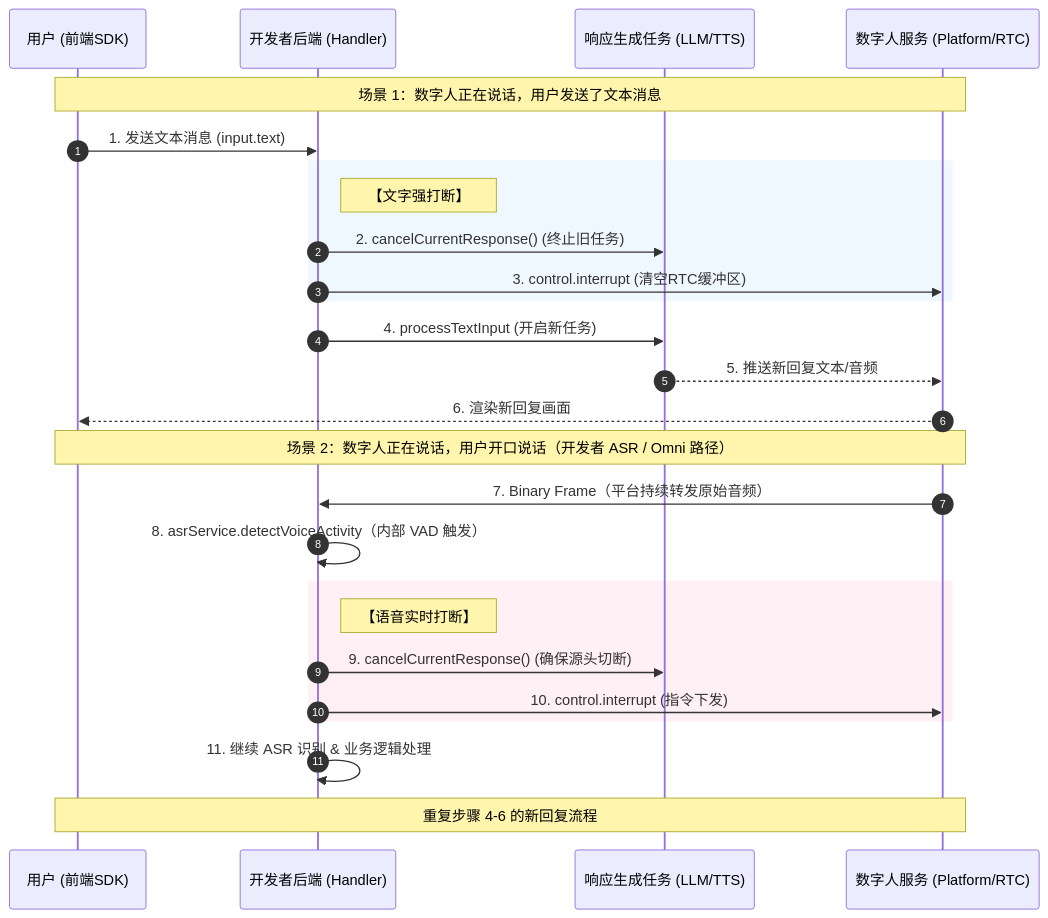
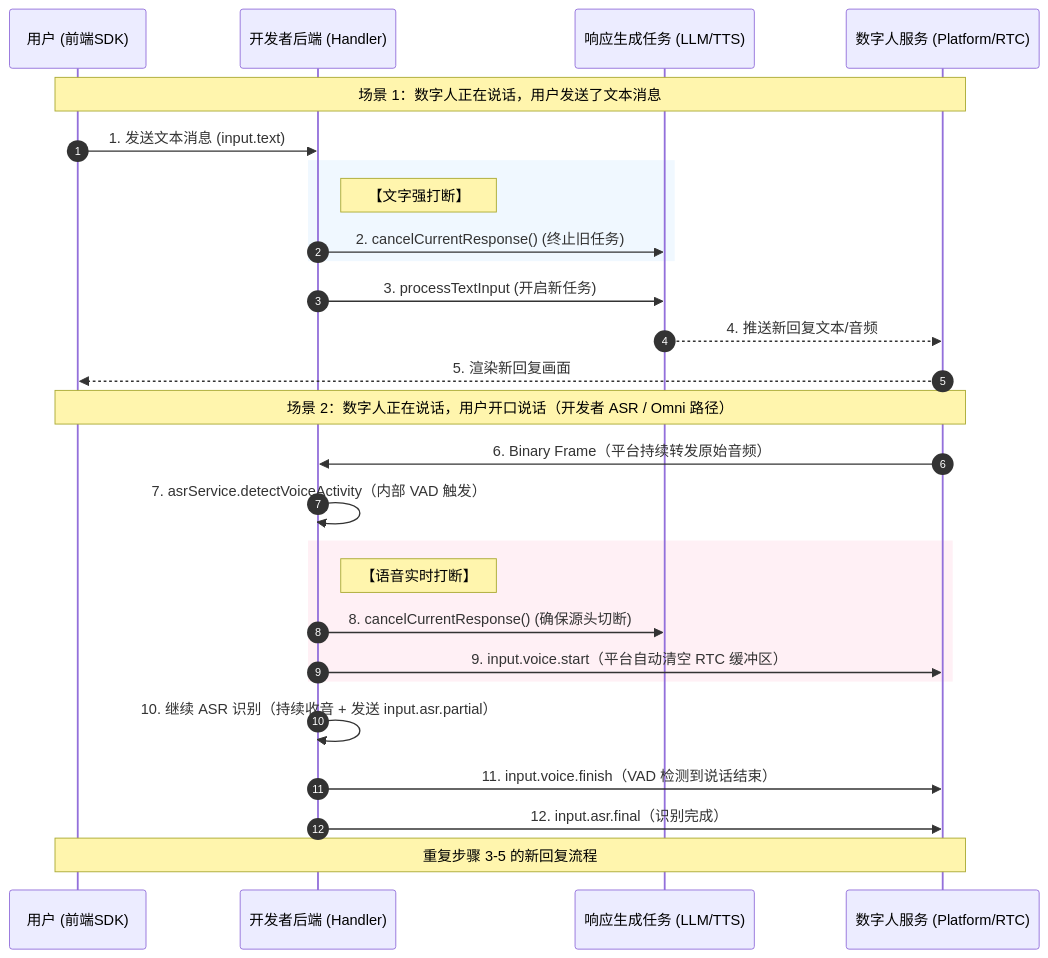
The third of 3 diagrams in PROTOCOL.zh.md (newportAI-lab/liveavatar-channel-python), drawn with Mermaid before and after one commit. The commit also changed other lines of this file and 3 other files, not shown here.

````diff
--- a/PROTOCOL.zh.md
+++ b/PROTOCOL.zh.md
@@ -395,35 +395,36 @@
 ```mermaid
 sequenceDiagram
     autonumber
     participant User as 用户 (前端SDK)
     participant AppServer as 开发者后端 (Handler)
     participant Task as 响应生成任务 (LLM/TTS)
     participant Avatar as 数字人服务 (Platform/RTC)
 
     Note over User, Avatar: 场景 1：数字人正在说话，用户发送了文本消息
     User->>AppServer: 1. 发送文本消息 (input.text)
     
     rect rgb(240, 248, 255)
         Note right of AppServer: 【文字强打断】
         AppServer->>Task: 2. cancelCurrentResponse() (终止旧任务)
-        AppServer->>Avatar: 3. control.interrupt (清空RTC缓冲区)
     end
     
-    AppServer->>Task: 4. processTextInput (开启新任务)
-    Task-->>Avatar: 5. 推送新回复文本/音频
-    Avatar-->>User: 6. 渲染新回复画面
+    AppServer->>Task: 3. processTextInput (开启新任务)
+    Task-->>Avatar: 4. 推送新回复文本/音频
+    Avatar-->>User: 5. 渲染新回复画面
 
     Note over User, Avatar: 场景 2：数字人正在说话，用户开口说话（开发者 ASR / Omni 路径）
-    Avatar->>AppServer: 7. Binary Frame（平台持续转发原始音频）
+    Avatar->>AppServer: 6. Binary Frame（平台持续转发原始音频）
     
-    AppServer->>AppServer: 8. asrService.detectVoiceActivity（内部 VAD 触发）
+    AppServer->>AppServer: 7. asrService.detectVoiceActivity（内部 VAD 触发）
     
     rect rgb(255, 240, 245)
         Note right of AppServer: 【语音实时打断】
-        AppServer->>Task: 9. cancelCurrentResponse() (确保源头切断)
-        AppServer->>Avatar: 10. control.interrupt (指令下发)
+        AppServer->>Task: 8. cancelCurrentResponse() (确保源头切断)
+        AppServer->>Avatar: 9. input.voice.start（平台自动清空 RTC 缓冲区）
     end
 
-    AppServer->>AppServer: 11. 继续 ASR 识别 & 业务逻辑处理
-    Note over User, Avatar: 重复步骤 4-6 的新回复流程
+    AppServer->>AppServer: 10. 继续 ASR 识别（持续收音 + 发送 input.asr.partial）
+    AppServer->>Avatar: 11. input.voice.finish（VAD 检测到说话结束）
+    AppServer->>Avatar: 12. input.asr.final（识别完成）
+    Note over User, Avatar: 重复步骤 3-5 的新回复流程
 ```
````
